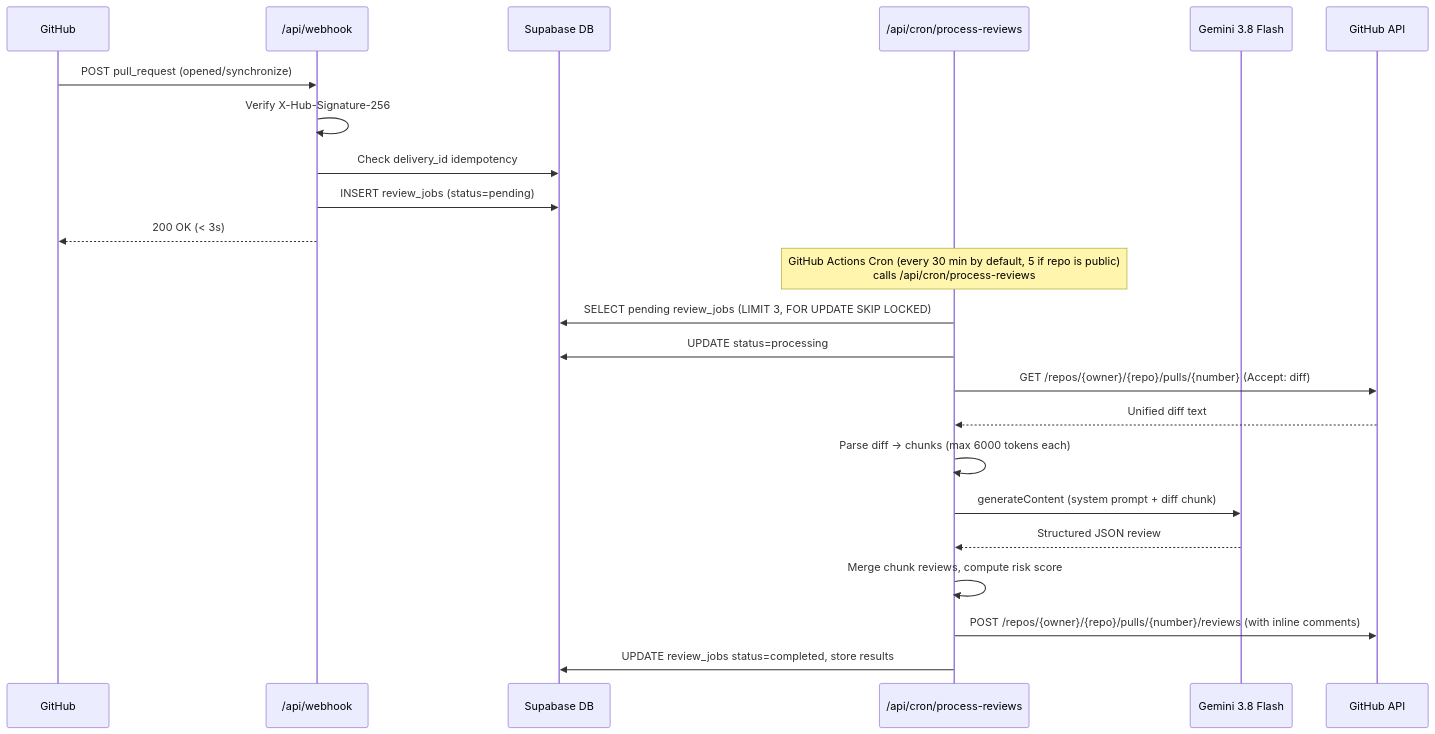
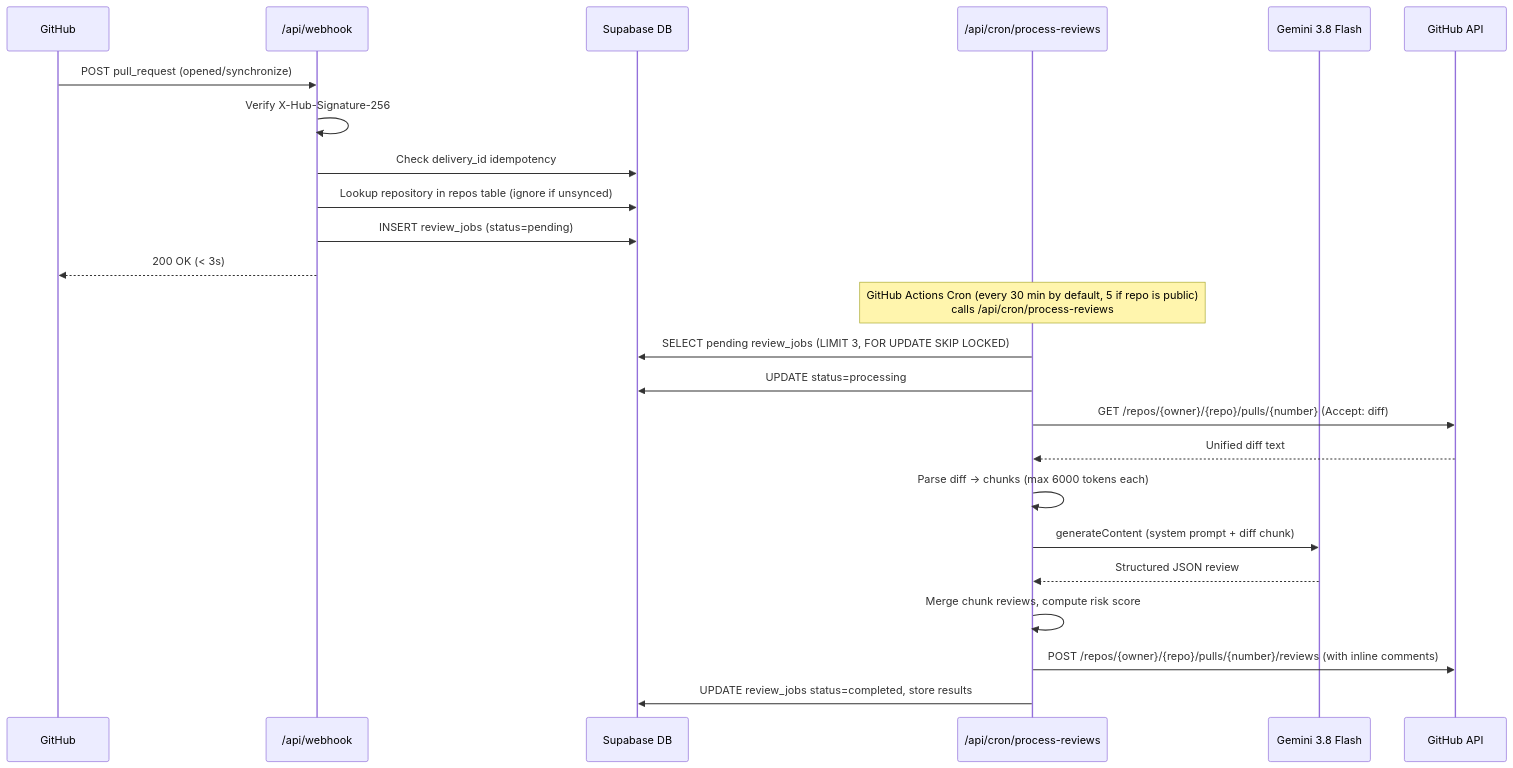
One commit to santhoshh005/PR_Pilot changed the second of 2 diagrams in ARCHITECTURE.md. Above: the diagram before and after it, drawn with Mermaid. The commit also changed other lines of this file and 3 other files, not shown here.

````diff
--- a/ARCHITECTURE.md
+++ b/ARCHITECTURE.md
@@ -34,27 +34,28 @@
 ```mermaid
 sequenceDiagram
   participant GH as GitHub
   participant WH as /api/webhook
   participant DB as Supabase DB
   participant CRON as /api/cron/process-reviews
   participant AI as Gemini 3.8 Flash
   participant GHAPI as GitHub API
 
   GH->>WH: POST pull_request (opened/synchronize)
   WH->>WH: Verify X-Hub-Signature-256
   WH->>DB: Check delivery_id idempotency
+  WH->>DB: Lookup repository in repos table (ignore if unsynced)
   WH->>DB: INSERT review_jobs (status=pending)
   WH-->>GH: 200 OK (< 3s)
 
   Note over CRON: GitHub Actions Cron (every 30 min by default, 5 if repo is public)<br/>calls /api/cron/process-reviews
   CRON->>DB: SELECT pending review_jobs (LIMIT 3, FOR UPDATE SKIP LOCKED)
   CRON->>DB: UPDATE status=processing
   CRON->>GHAPI: GET /repos/{owner}/{repo}/pulls/{number} (Accept: diff)
   GHAPI-->>CRON: Unified diff text
   CRON->>CRON: Parse diff → chunks (max 6000 tokens each)
   CRON->>AI: generateContent (system prompt + diff chunk)
   AI-->>CRON: Structured JSON review
   CRON->>CRON: Merge chunk reviews, compute risk score
   CRON->>GHAPI: POST /repos/{owner}/{repo}/pulls/{number}/reviews (with inline comments)
   CRON->>DB: UPDATE review_jobs status=completed, store results
 ```
````
